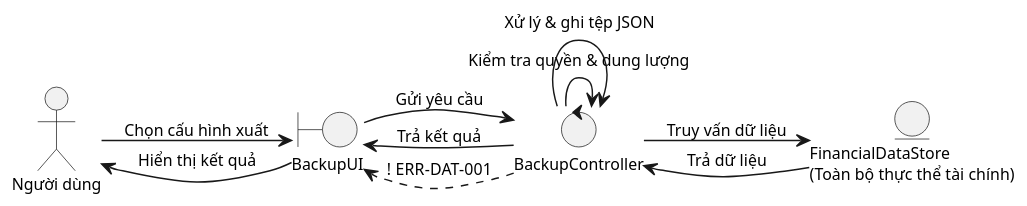
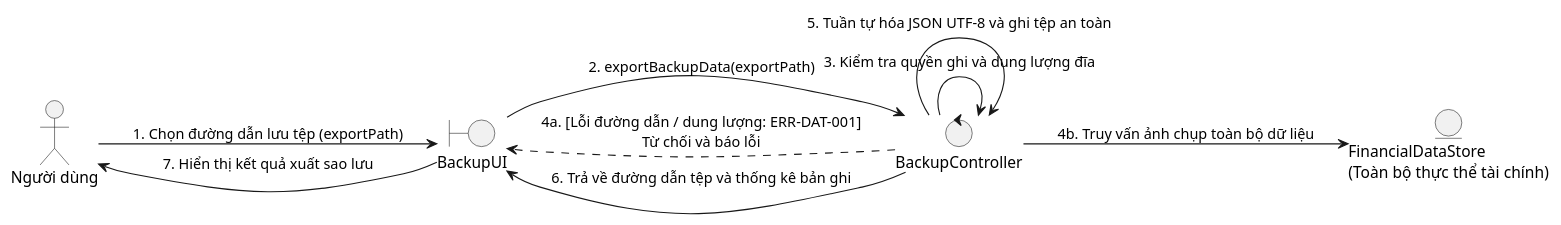
Before and after one commit to mynhleeh/pfms-oop: the sixth of 6 diagrams in docs/object-oriented-analysis/06-so-do-robustness-va-the-crc.md, drawn with PlantUML. The commit also changed other lines of this file and 7 other files, not shown here.

````diff
--- a/docs/object-oriented-analysis/06-so-do-robustness-va-the-crc.md
+++ b/docs/object-oriented-analysis/06-so-do-robustness-va-the-crc.md
@@ -294,26 +242,19 @@
 ```plantuml
 @startuml
 left to right direction
-skinparam defaultFontSize 11
-skinparam nodesep 20
-skinparam ranksep 30
-skinparam shadowing false
-scale 1.3
 
 actor "Người dùng" as user
 boundary "BackupUI" as view
 control "BackupController" as ctrl
 entity "FinancialDataStore\n(Toàn bộ thực thể tài chính)" as dataEnt
 
-user --> view : Chọn cấu hình xuất
-view --> ctrl : Gửi yêu cầu
-ctrl --> ctrl : Kiểm tra quyền & dung lượng
-ctrl --> dataEnt : Truy vấn dữ liệu
-dataEnt --> ctrl : Trả dữ liệu
-ctrl --> ctrl : Xử lý & ghi tệp JSON
-ctrl --> view : Trả kết quả
-view --> user : Hiển thị kết quả
-
-ctrl ..> view : ! ERR-DAT-001
+user --> view : 1. Chọn đường dẫn lưu tệp (exportPath)
+view --> ctrl : 2. exportBackupData(exportPath)
+ctrl --> ctrl : 3. Kiểm tra quyền ghi và dung lượng đĩa
+ctrl ..> view : 4a. [Lỗi đường dẫn / dung lượng: ERR-DAT-001]\nTừ chối và báo lỗi
+ctrl --> dataEnt : 4b. Truy vấn ảnh chụp toàn bộ dữ liệu
+ctrl --> ctrl : 5. Tuần tự hóa JSON UTF-8 và ghi tệp an toàn
+ctrl --> view : 6. Trả về đường dẫn tệp và thống kê bản ghi
+view --> user : 7. Hiển thị kết quả xuất sao lưu
 @enduml
 ```
````
